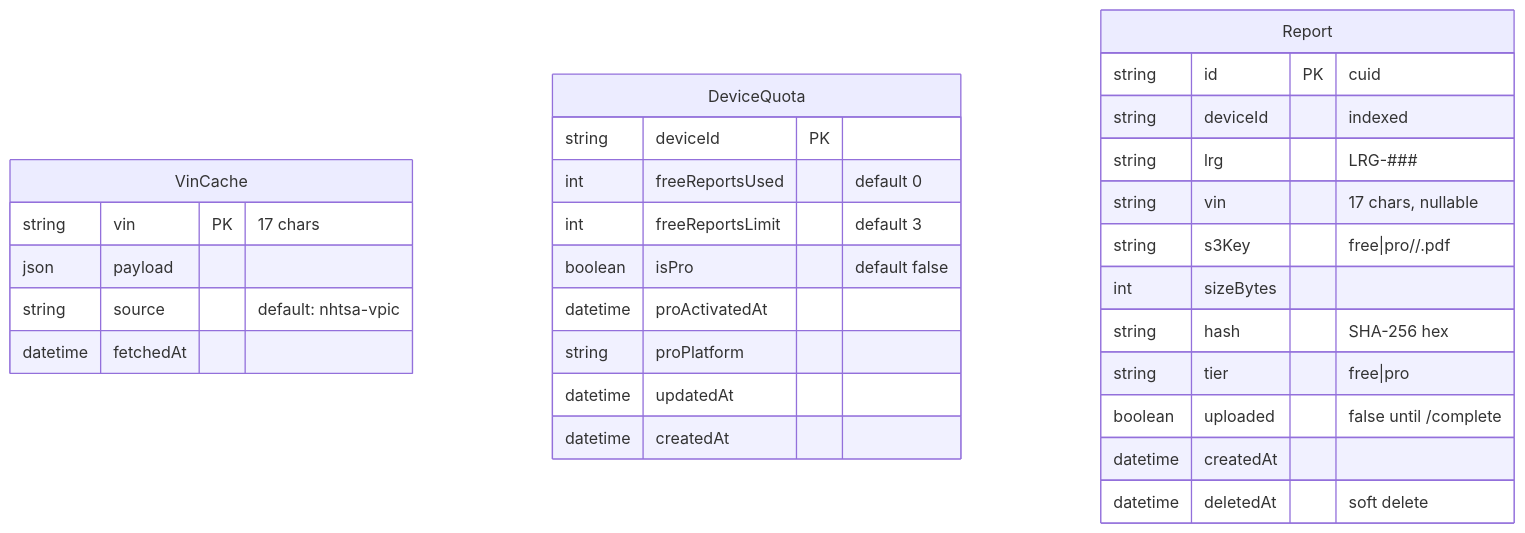
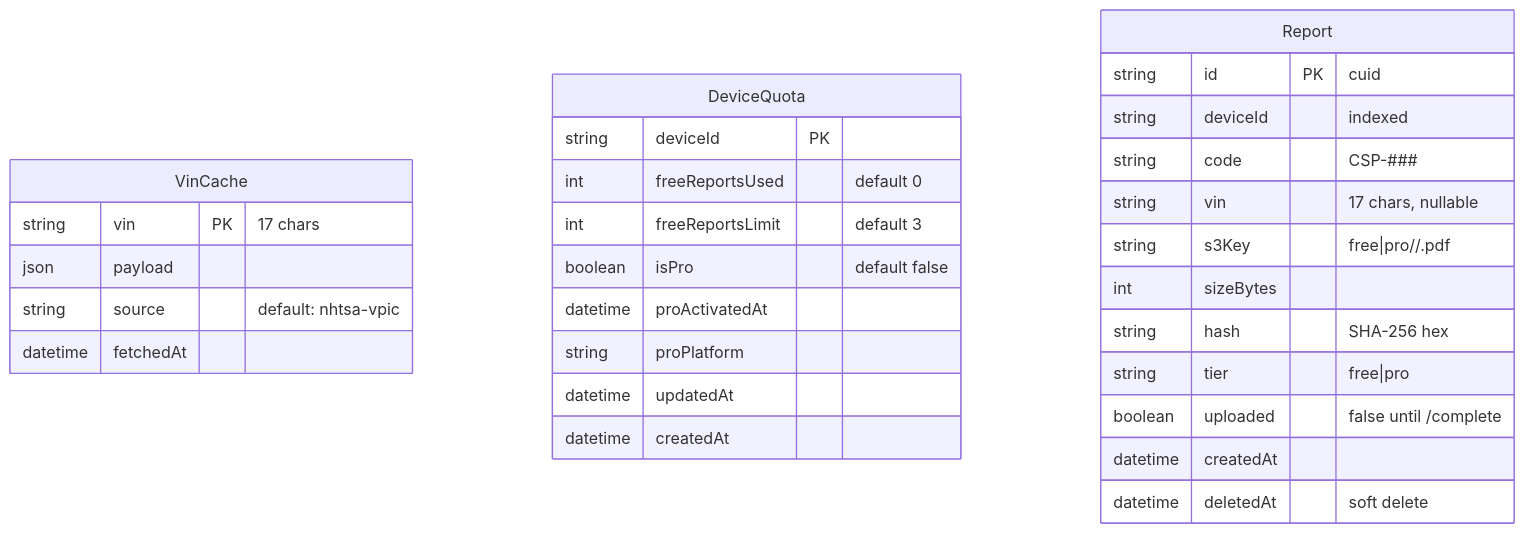
One commit to carsaleproadmin/carsalepro-backend changed the first of 3 diagrams in docs/ARCHITECTURE.md. Above: the diagram before and after it, drawn with Mermaid. The commit also changed other lines of this file and 10 other files, not shown here.

First line of the commit message:
refactor(reports): rename Report.lrg → Report.code, display prefix LRG- → CSP-

````diff
--- a/docs/ARCHITECTURE.md
+++ b/docs/ARCHITECTURE.md
@@ -27,32 +27,32 @@
 ```mermaid
 erDiagram
   VinCache {
     string vin PK "17 chars"
     json payload
     string source "default: nhtsa-vpic"
     datetime fetchedAt
   }
   DeviceQuota {
     string deviceId PK
     int freeReportsUsed "default 0"
     int freeReportsLimit "default 3"
     boolean isPro "default false"
     datetime proActivatedAt
     string proPlatform
     datetime updatedAt
     datetime createdAt
   }
   Report {
     string id PK "cuid"
     string deviceId "indexed"
-    string lrg "LRG-###"
+    string code "CSP-###"
     string vin "17 chars, nullable"
     string s3Key "free|pro/<deviceId>/<id>.pdf"
     int sizeBytes
     string hash "SHA-256 hex"
     string tier "free|pro"
     boolean uploaded "false until /complete"
     datetime createdAt
     datetime deletedAt "soft delete"
   }
 ```
````
